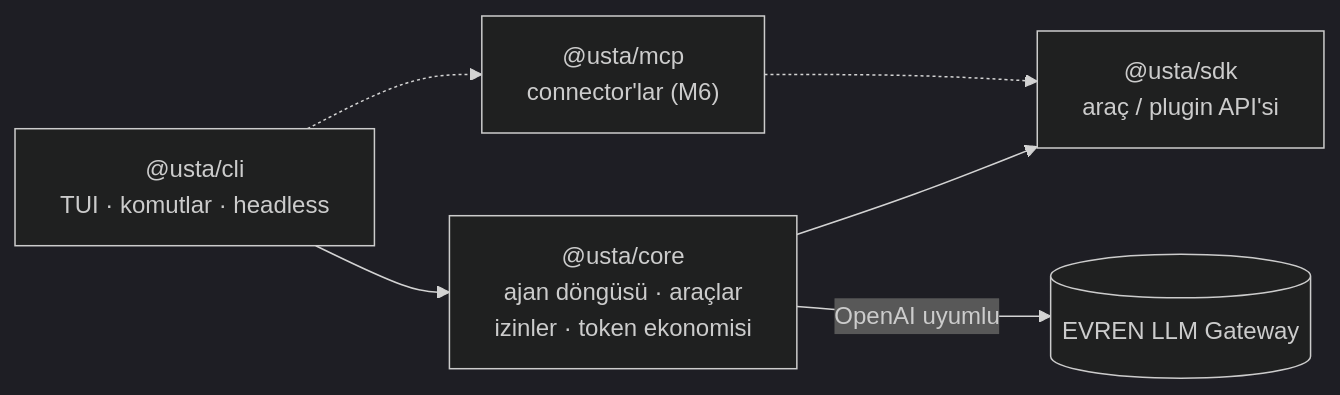
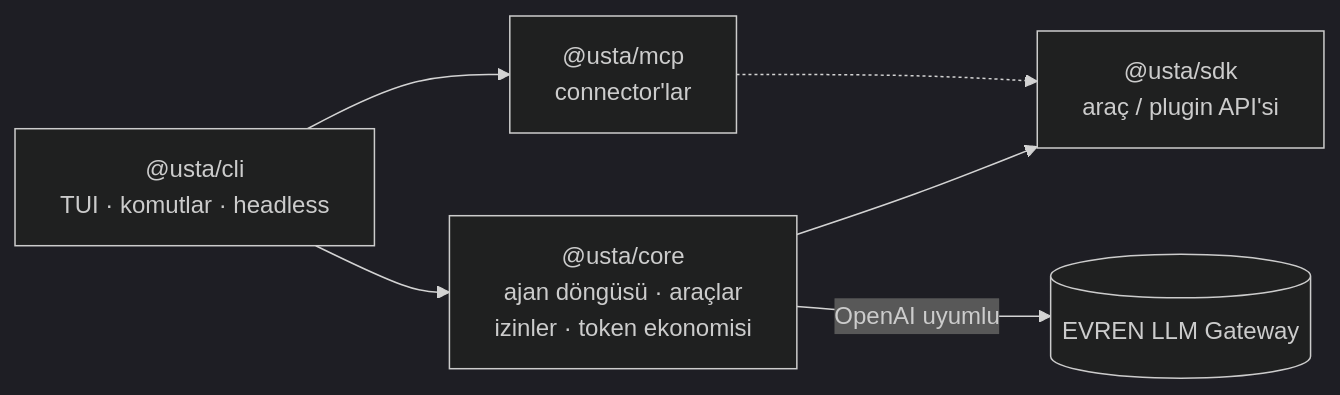
One commit to Ertugrul-Pakdamar/Usta changed the first of 2 diagrams in README.md. Above: the diagram before and after it, drawn with Mermaid (dark theme). The commit also changed other lines of this file and 41 other files, not shown here.

First line of the commit message:
feat: MCP connector'ları (M6b)

````diff
--- a/README.md
+++ b/README.md
@@ -99,8 +100,8 @@
 ```mermaid
 flowchart LR
   CLI["@usta/cli<br/>TUI · komutlar · headless"] --> CORE["@usta/core<br/>ajan döngüsü · araçlar<br/>izinler · token ekonomisi"]
-  CLI -.-> MCP["@usta/mcp<br/>connector'lar (M6)"]
+  CLI --> MCP["@usta/mcp<br/>connector'lar"]
   CORE --> SDK["@usta/sdk<br/>araç / plugin API'si"]
   MCP -.-> SDK
   CORE -->|"OpenAI uyumlu"| GW[("EVREN LLM Gateway")]
 ```
````
